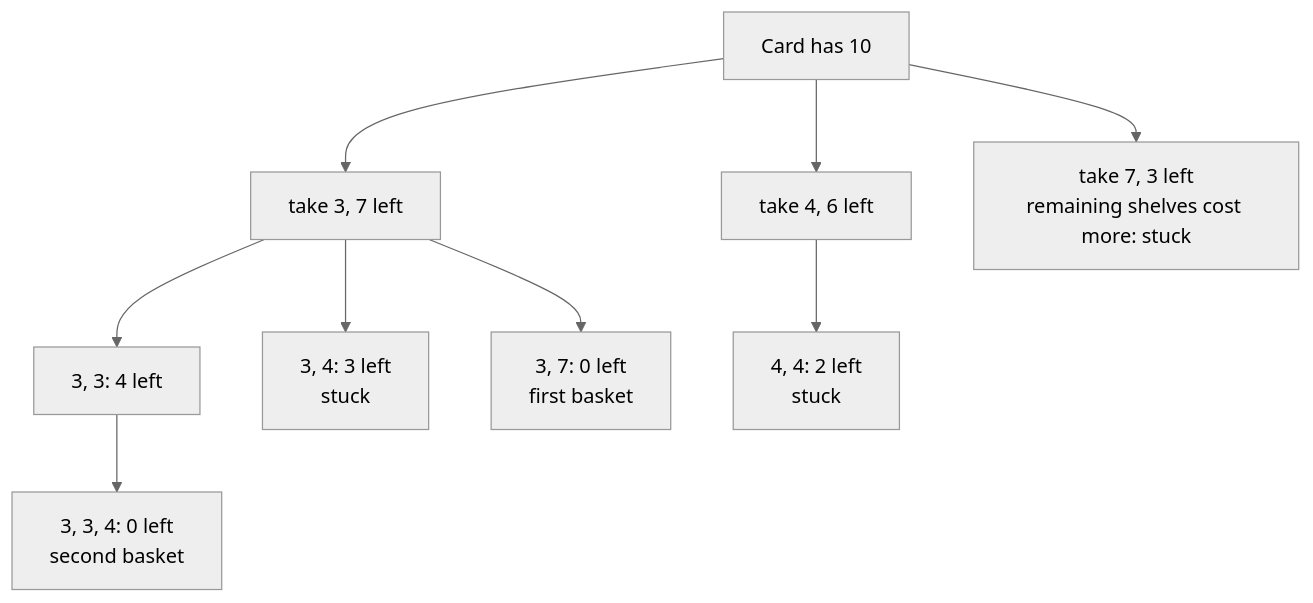
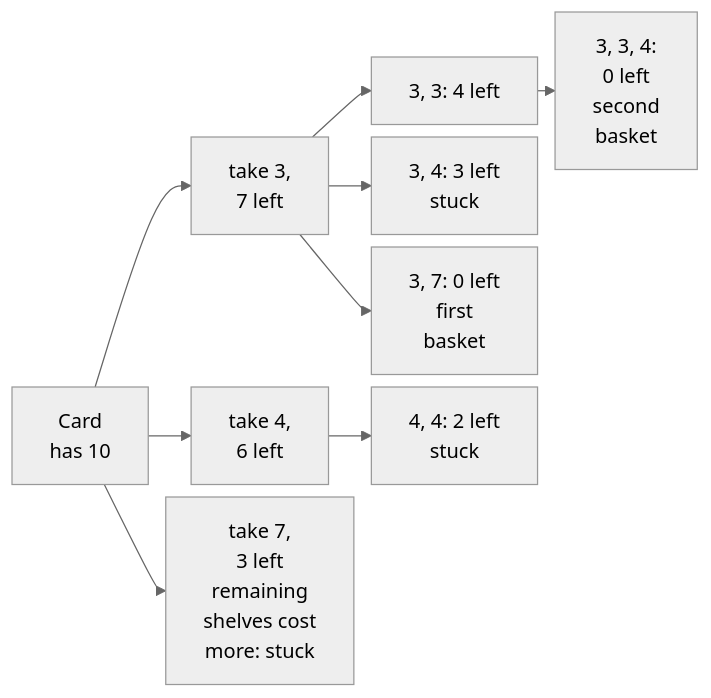
One commit to duongbui234/software-engineering-atlas changed the first of 2 diagrams in content/en/problems/combination-sum.md. Above: the diagram before and after it, drawn with Mermaid (neutral theme). The commit also changed 134 other files, not shown here.

First line of the commit message:
Fit every Mermaid diagram at 390px without sideways scroll (#56)

````diff
--- a/content/en/problems/combination-sum.md
+++ b/content/en/problems/combination-sum.md
@@ -51,20 +51,21 @@
 ```mermaid
-flowchart TB
-  R["Card has 10"]
-  A["take 3, 7 left"]
-  B["take 4, 6 left"]
-  C["take 7, 3 left<br/>remaining shelves cost more: stuck"]
+%%{init: {"flowchart": {"nodeSpacing": 10, "rankSpacing": 14}}}%%
+flowchart LR
+  R["Card<br/>has 10"]
+  A["take 3,<br/>7 left"]
+  B["take 4,<br/>6 left"]
+  C["take 7,<br/>3 left<br/>remaining<br/>shelves cost<br/>more: stuck"]
   A1["3, 3: 4 left"]
   A2["3, 4: 3 left<br/>stuck"]
-  A3["3, 7: 0 left<br/>first basket"]
-  A11["3, 3, 4: 0 left<br/>second basket"]
+  A3["3, 7: 0 left<br/>first<br/>basket"]
+  A11["3, 3, 4:<br/>0 left<br/>second<br/>basket"]
   B1["4, 4: 2 left<br/>stuck"]
   R --> A
   R --> B
   R --> C
   A --> A1
   A --> A2
   A --> A3
   A1 --> A11
   B --> B1
 ```
````
